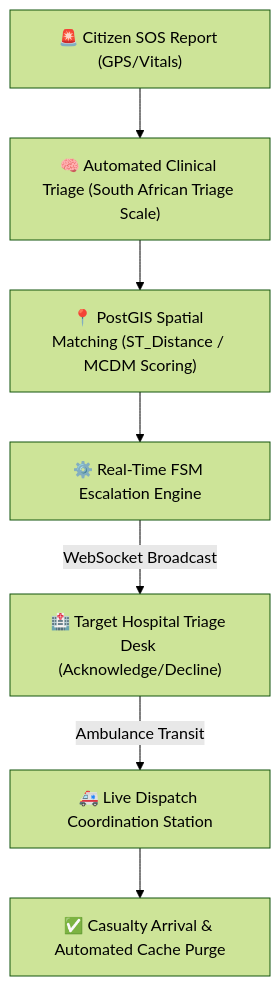
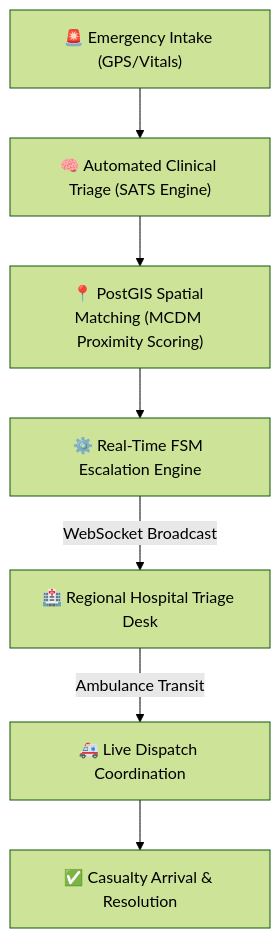
Before and after one commit to jashan-nagyal4/MedLink: the diagram in README.md, drawn with Mermaid (forest theme). The commit also changed other lines of this file and 2 other files, not shown here.

````diff
--- a/README.md
+++ b/README.md
@@ -16,9 +18,9 @@
 ```mermaid
 flowchart TD
-    A["🚨 Citizen SOS Report (GPS/Vitals)"] --> B["🧠 Automated Clinical Triage (South African Triage Scale)"]
-    B --> C["📍 PostGIS Spatial Matching (ST_Distance / MCDM Scoring)"]
+    A["🚨 Emergency Intake (GPS/Vitals)"] --> B["🧠 Automated Clinical Triage (SATS Engine)"]
+    B --> C["📍 PostGIS Spatial Matching (MCDM Proximity Scoring)"]
     C --> D["⚙️ Real-Time FSM Escalation Engine"]
-    D -->|"WebSocket Broadcast"| E["🏥 Target Hospital Triage Desk (Acknowledge/Decline)"]
-    E -->|"Ambulance Transit"| F["🚑 Live Dispatch Coordination Station"]
-    F --> G["✅ Casualty Arrival & Automated Cache Purge"]
+    D -->|"WebSocket Broadcast"| E["🏥 Regional Hospital Triage Desk"]
+    E -->|"Ambulance Transit"| F["🚑 Live Dispatch Coordination"]
+    F --> G["✅ Casualty Arrival & Resolution"]
 ```
````
